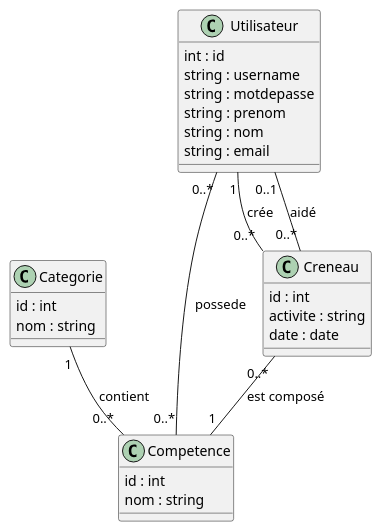
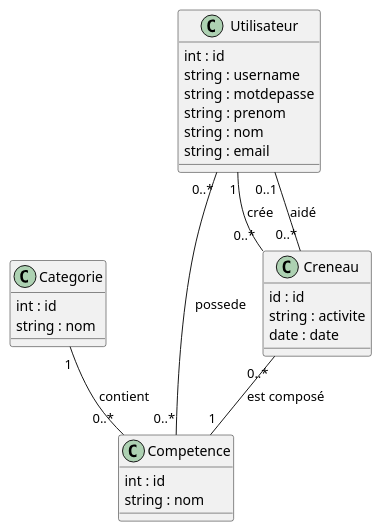
One commit to DucasseRafael91/EvalPythonDjango changed the diagram in doc/uml/2-class/competences-class.puml. Above: the diagram before and after it, drawn with PlantUML.

Commit message:
Changemnt de id et nom de la valeur dans le diagramme de classe

```diff
--- a/doc/uml/2-class/competences-class.puml
+++ b/doc/uml/2-class/competences-class.puml
@@ -1,43 +1,43 @@
 @startuml
 
 class Competence {
-    id : int
-    nom : string
+    int : id
+    string : nom
 }
 
 class Categorie {
-    id : int
-    nom : string
+    int : id
+    string : nom
 }
 
 class Creneau {
-    id : int
-    activite : string
+    id : id
+    string : activite
     date : date
 }
 
 class Utilisateur {
     int : id
     string : username
     string : motdepasse
     string : prenom
     string : nom
     string : email
 }
 
 ' Une catégorie peut avoir plusieurs compétences et une compétence à une categorie
 Categorie "1" -- "0..*" Competence : contient
 
 ' Un utilisateur peut avoir plusieurs compétences et une compétence peut avoir plusieurs utilisateurs
 Utilisateur "0..*" -- "0..*" Competence : possede
 
 ' Un créneau correspond à une compétence demandée
 Creneau "0..*" -- "1" Competence : est composé
 
 ' Un utilisateur peut créer plusieurs créneaux et un créneau est créé par un seul utilisateur
 Utilisateur "1" -- "0..*" Creneau : crée
 
 ' Un utilisateur peut proposer son aide pour plusieurs créneaux et un créneau peut être aidé par plusieurs utilisateurs
 Utilisateur "0..1" -- "0..*" Creneau : aidé
 
 @enduml
```
